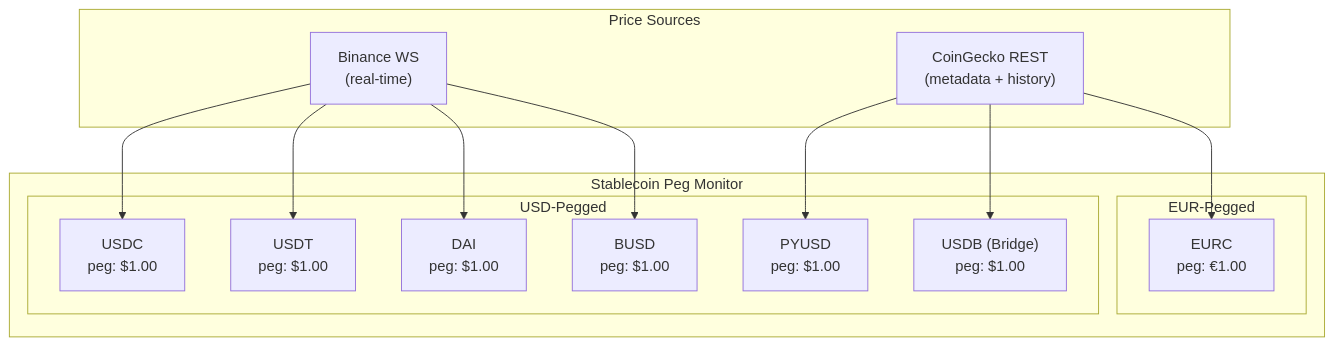
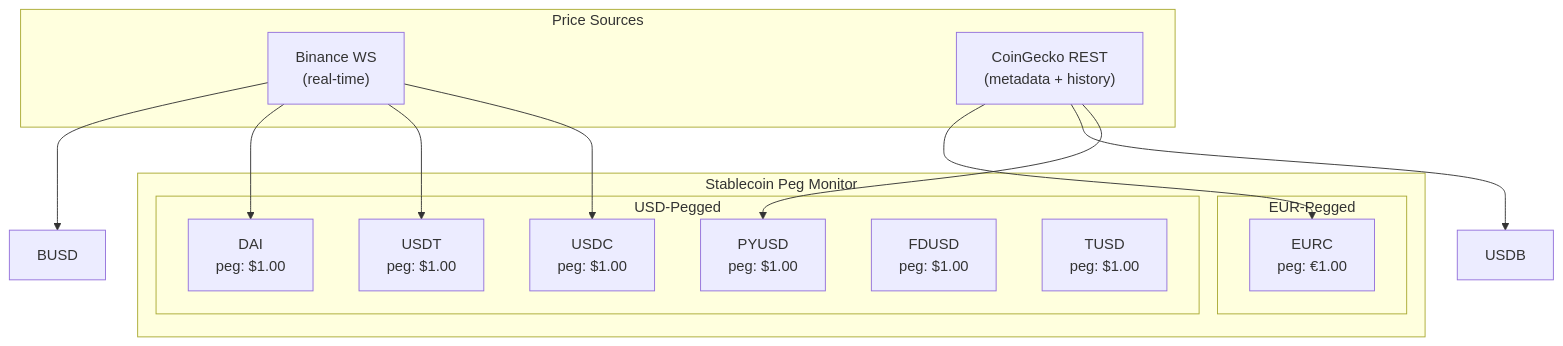
The third of 8 diagrams in docs/adrs/004-product-strategy.md (patrickmvla/owl), drawn with Mermaid before and after one commit. The commit also changed other lines of this file and 19 other files, not shown here.

````diff
--- a/docs/adrs/004-product-strategy.md
+++ b/docs/adrs/004-product-strategy.md
@@ -117,30 +117,30 @@
 ```mermaid
 graph TB
     subgraph Stablecoins["Stablecoin Peg Monitor"]
         subgraph USD_Pegged["USD-Pegged"]
             USDC["USDC<br/>peg: $1.00"]
             USDT["USDT<br/>peg: $1.00"]
             DAI["DAI<br/>peg: $1.00"]
             PYUSD["PYUSD<br/>peg: $1.00"]
-            BUSD["BUSD<br/>peg: $1.00"]
-            USDB["USDB (Bridge)<br/>peg: $1.00"]
+            FDUSD["FDUSD<br/>peg: $1.00"]
+            TUSD["TUSD<br/>peg: $1.00"]
         end
 
         subgraph EUR_Pegged["EUR-Pegged"]
             EURC["EURC<br/>peg: €1.00"]
         end
     end
 
     subgraph Sources["Price Sources"]
         BN["Binance WS<br/>(real-time)"]
         CG["CoinGecko REST<br/>(metadata + history)"]
     end
 
     BN --> USDC
     BN --> USDT
     BN --> DAI
     BN --> BUSD
     CG --> PYUSD
     CG --> USDB
     CG --> EURC
 ```
````
